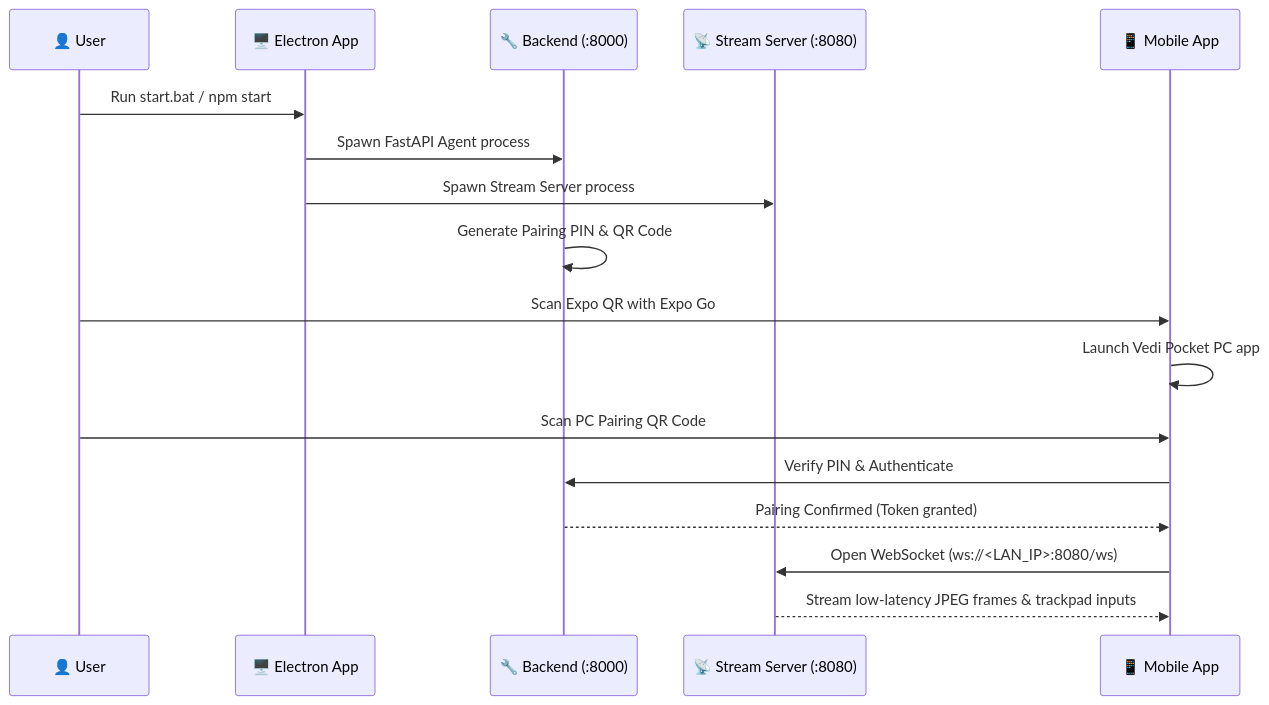
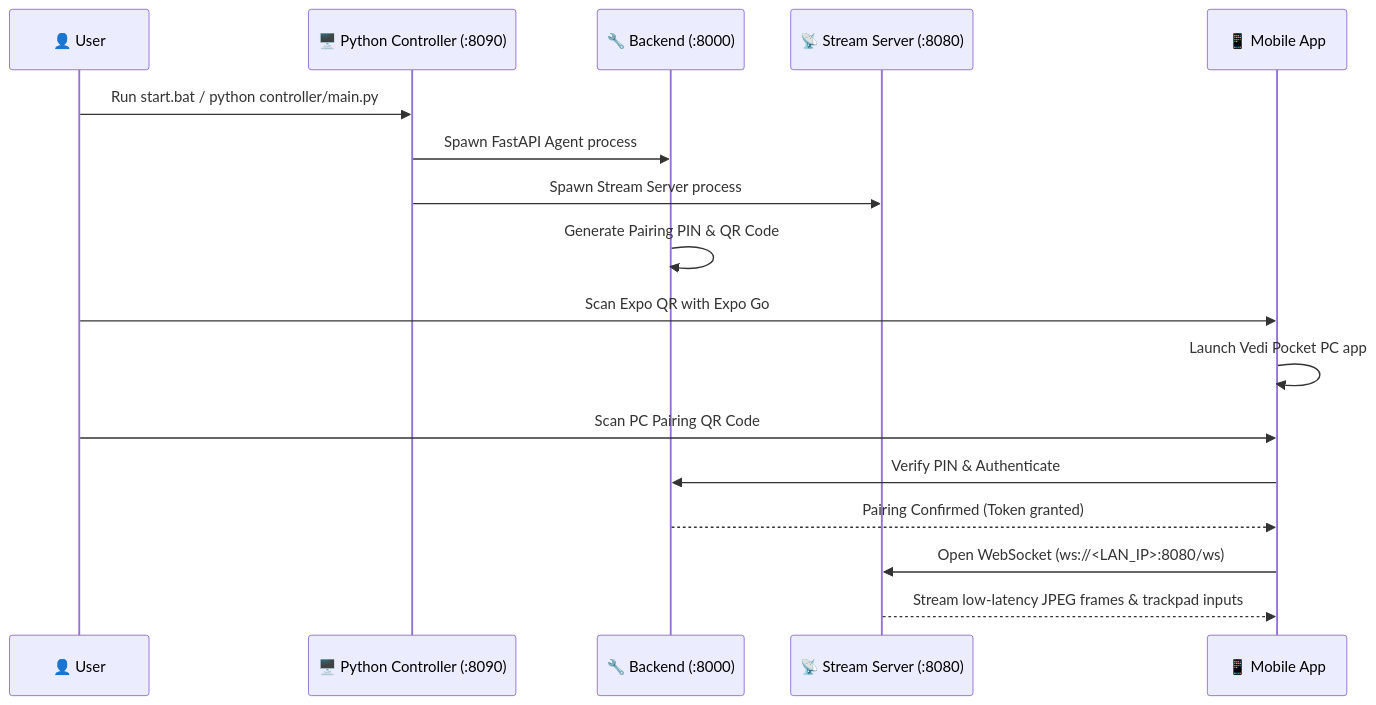
One commit to ajaysaagar-dev/Vedi-Pocket-PC changed the first of 2 diagrams in README.md. Above: the diagram before and after it, drawn with Mermaid. The commit also changed other lines of this file and 58 other files, not shown here.

Commit message:
feat: implement process manager and controller logic to orchestrate mobile, stream, and backend server lifecycle

````diff
--- a/README.md
+++ b/README.md
@@ -155,20 +149,20 @@
 ```mermaid
 sequenceDiagram
     participant U as 👤 User
-    participant E as 🖥️ Electron App
+    participant C as 🖥️ Python Controller (:8090)
     participant B as 🔧 Backend (:8000)
     participant S as 📡 Stream Server (:8080)
     participant M as 📱 Mobile App
 
-    U->>E: Run start.bat / npm start
-    E->>B: Spawn FastAPI Agent process
-    E->>S: Spawn Stream Server process
+    U->>C: Run start.bat / python controller/main.py
+    C->>B: Spawn FastAPI Agent process
+    C->>S: Spawn Stream Server process
     B->>B: Generate Pairing PIN & QR Code
     U->>M: Scan Expo QR with Expo Go
     M->>M: Launch Vedi Pocket PC app
     U->>M: Scan PC Pairing QR Code
     M->>B: Verify PIN & Authenticate
     B-->>M: Pairing Confirmed (Token granted)
     M->>S: Open WebSocket (ws://<LAN_IP>:8080/ws)
     S-->>M: Stream low-latency JPEG frames & trackpad inputs
 ```
````
